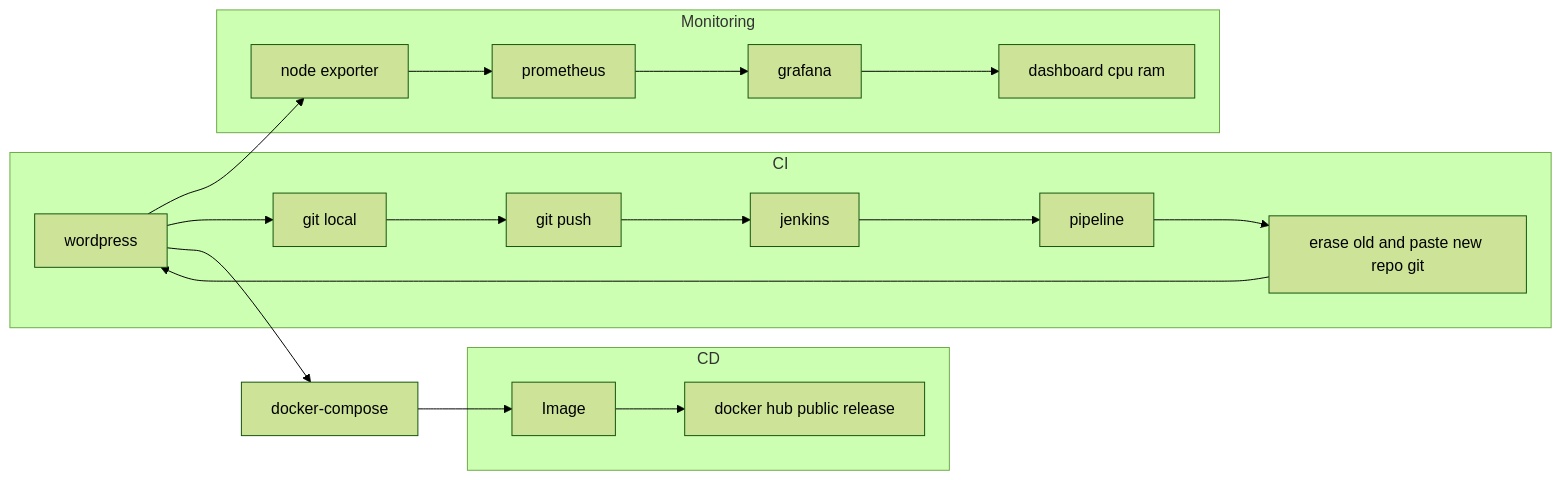
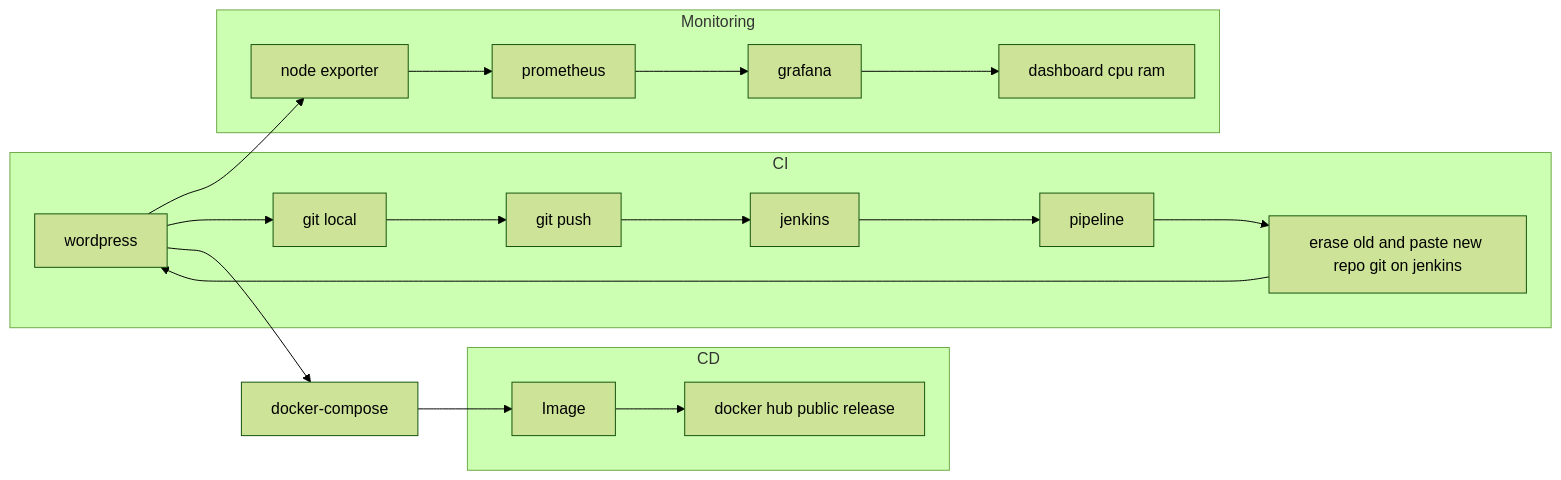
One commit to DanyAAD90/CICD_complete_from_scratch changed the diagram in README.md. Above: the diagram before and after it, drawn with Mermaid (forest theme).

````diff
--- a/README.md
+++ b/README.md
@@ -5,22 +5,22 @@
 ```mermaid
 flowchart LR
 A[wordpress] --> G[node exporter]
 subgraph CI
 A --> O[git local]
 O --> P[git push]
 P --> K[jenkins]
 K --> L[pipeline]
-L --> N[erase old and paste new repo git]
+L --> N[erase old and paste new repo git on jenkins]
 N --> A
 end
 subgraph Monitoring
 G --> H[prometheus]
 H --> I[grafana]
 I --> J[dashboard cpu ram]
 end
 A --> D[docker-compose]
 D --> E[Image]
 subgraph CD
 E --> F[docker hub public release]
 end
 ```
````
